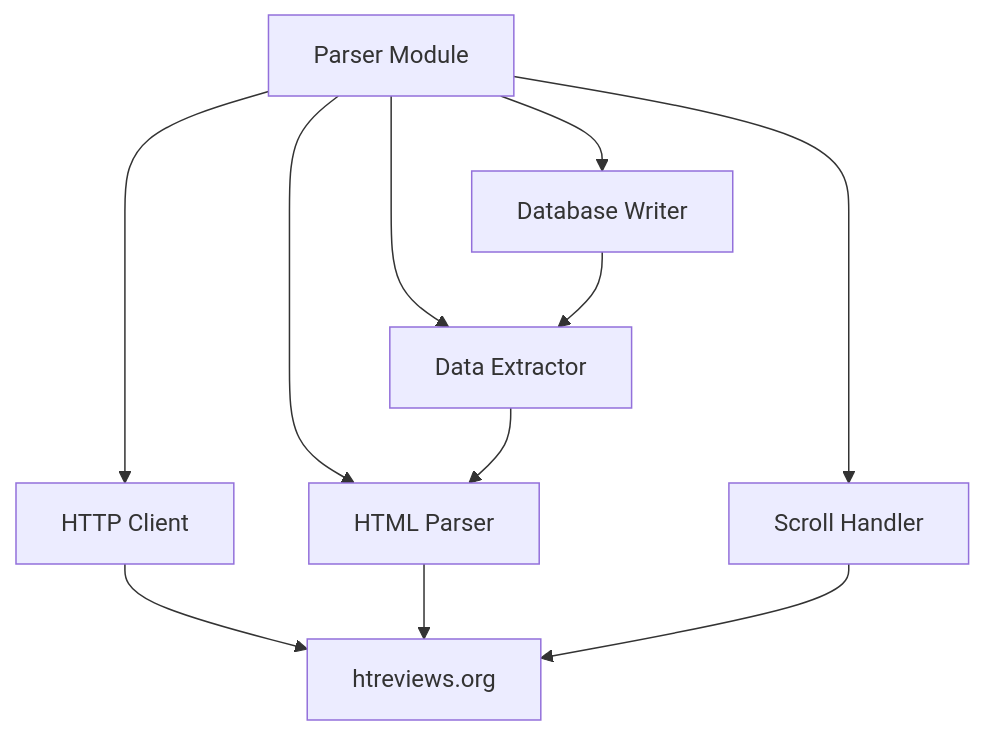
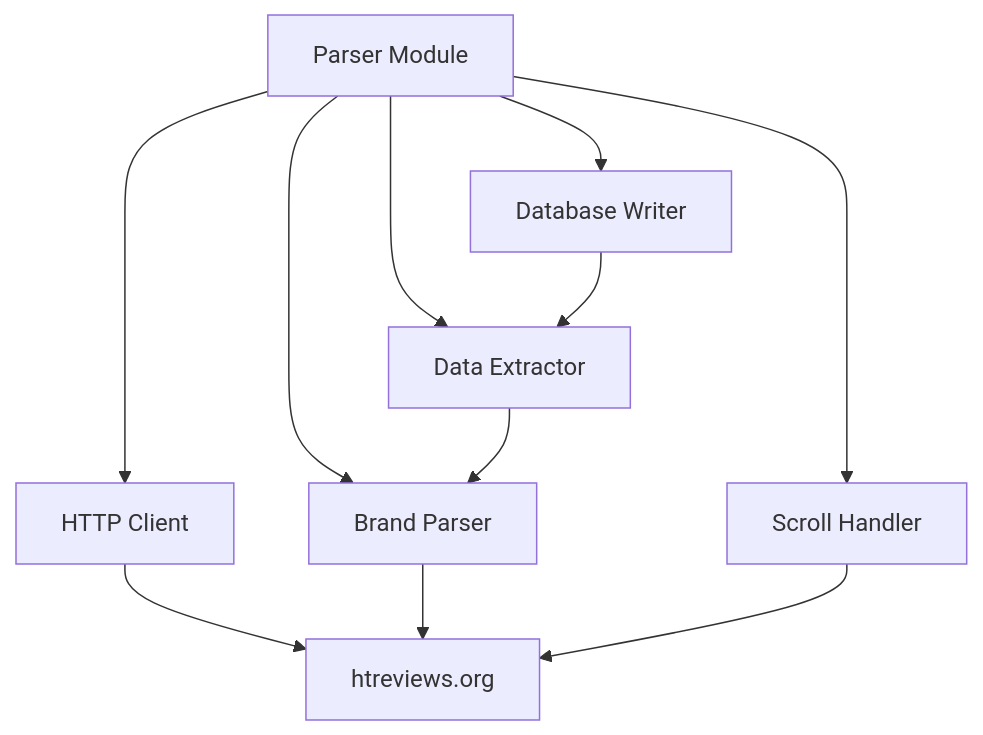
The diagram in docs/modules/parser.md (Zenderg/hookah-db), drawn with Mermaid before and after one commit. The commit also changed other lines of this file and 5 other files, not shown here.

````diff
--- a/docs/modules/parser.md
+++ b/docs/modules/parser.md
@@ -9,15 +9,15 @@
 ```mermaid
 graph TB
     A[Parser Module] --> B[HTTP Client]
-    A --> C[HTML Parser]
+    A --> C[Brand Parser]
     A --> D[Scroll Handler]
     A --> E[Data Extractor]
     A --> F[Database Writer]
     
     B --> G[htreviews.org]
     C --> G
     D --> G
     
     E --> C
     F --> E
 ```
````
